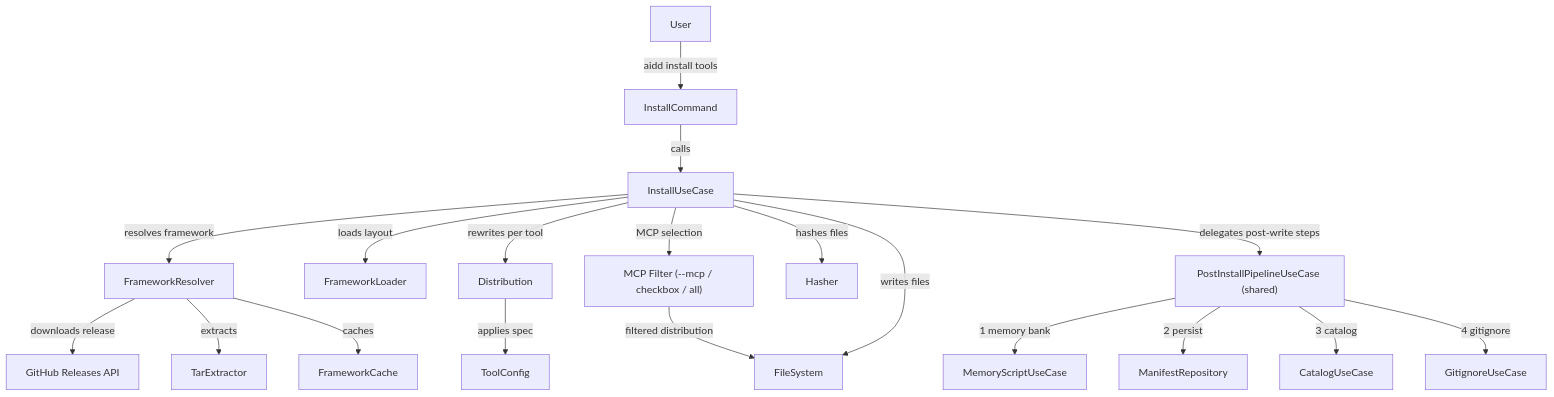
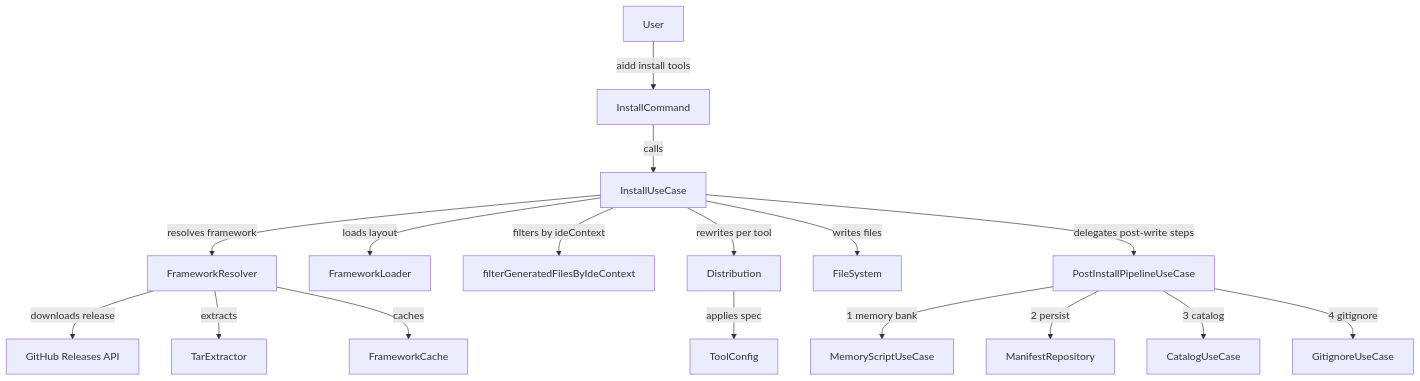
The second of 2 diagrams in aidd_docs/memory/architecture.md (ai-driven-dev/framework), drawn with Mermaid before and after one commit. The commit also changed other lines of this file and 14 other files, not shown here.

````diff
--- a/aidd_docs/memory/architecture.md
+++ b/aidd_docs/memory/architecture.md
@@ -115,21 +38,19 @@
 ```mermaid
 flowchart TD
     User["User"] -->|aidd install tools| InstallCmd["InstallCommand"]
     InstallCmd -->|calls| InstallUC["InstallUseCase"]
     InstallUC -->|resolves framework| FrameworkRes["FrameworkResolver"]
     FrameworkRes -->|downloads release| GH["GitHub Releases API"]
     FrameworkRes -->|extracts| Tar["TarExtractor"]
     FrameworkRes -->|caches| Cache["FrameworkCache"]
     InstallUC -->|loads layout| FrameworkLdr["FrameworkLoader"]
+    InstallUC -->|filters by ideContext| Filter["filterGeneratedFilesByIdeContext"]
     InstallUC -->|rewrites per tool| Distrib["Distribution"]
     Distrib -->|applies spec| ToolCfg["ToolConfig"]
-    InstallUC -->|MCP selection| McpFilter["MCP Filter (--mcp / checkbox / all)"]
-    McpFilter -->|filtered distribution| FS["FileSystem"]
-    InstallUC -->|writes files| FS
-    InstallUC -->|hashes files| Hshr["Hasher"]
-    InstallUC -->|delegates post-write steps| Pipeline["PostInstallPipelineUseCase (shared)"]
+    InstallUC -->|writes files| FS["FileSystem"]
+    InstallUC -->|delegates post-write steps| Pipeline["PostInstallPipelineUseCase"]
     Pipeline -->|1 memory bank| MemScript["MemoryScriptUseCase"]
     Pipeline -->|2 persist| ManifRepo["ManifestRepository"]
     Pipeline -->|3 catalog| Catalog["CatalogUseCase"]
     Pipeline -->|4 gitignore| Gitignore["GitignoreUseCase"]
 ```
````
